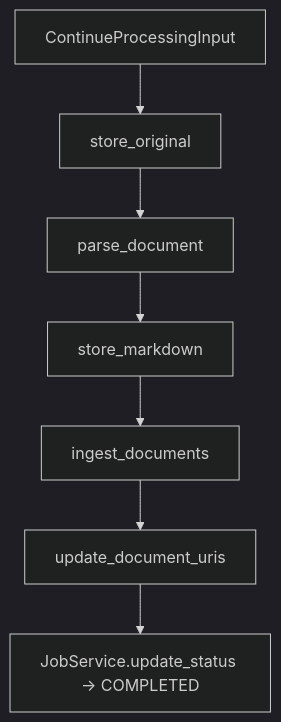
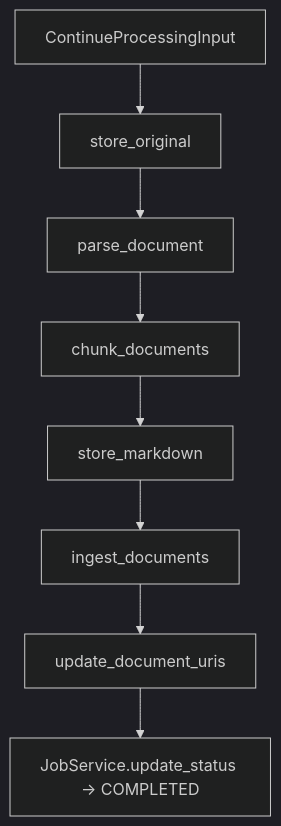
The second of 2 diagrams in docs/ingestion.md (thwolter/vectra), drawn with Mermaid (dark theme) before and after one commit. The commit also changed other lines of this file and 31 other files, not shown here.

````diff
--- a/docs/ingestion.md
+++ b/docs/ingestion.md
@@ -39,9 +40,10 @@
 ```mermaid
 flowchart TD
     A[ContinueProcessingInput] --> B[store_original]
     B --> C[parse_document]
-    C --> D[store_markdown]
-    D --> E[ingest_documents]
-    E --> F[update_document_uris]
-    F --> G[JobService.update_status -> COMPLETED]
+    C --> D[chunk_documents]
+    D --> E[store_markdown]
+    E --> F[ingest_documents]
+    F --> G[update_document_uris]
+    G --> H[JobService.update_status -> COMPLETED]
 ```
````
